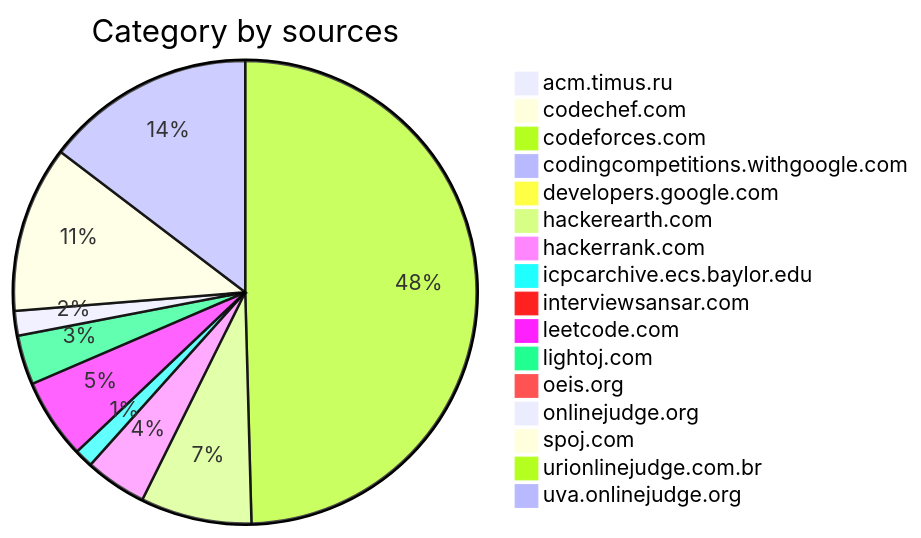
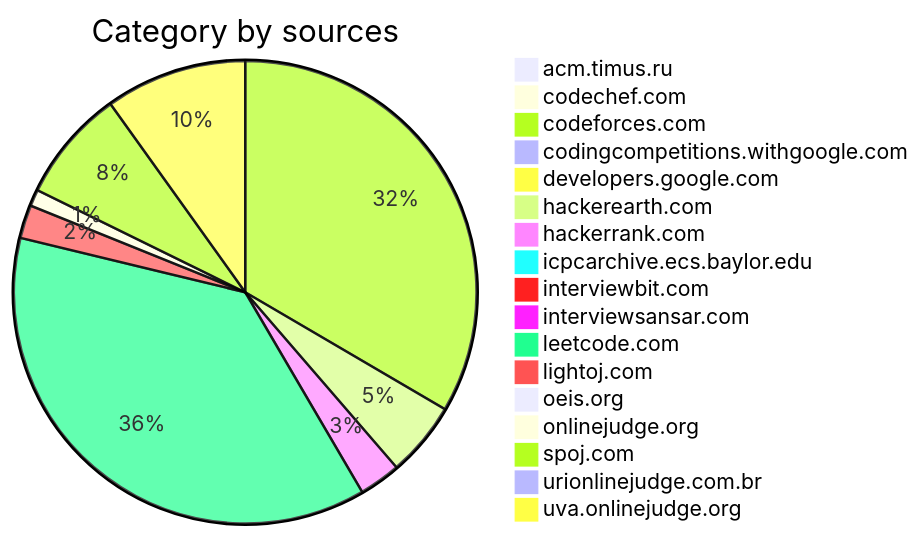
The diagram in README.md (hienmv/Problems-Solving), drawn with Mermaid before and after one commit. The commit also changed other lines of this file and 114 other files, not shown here.

````diff
--- a/README.md
+++ b/README.md
@@ -22,20 +23,21 @@
 ```mermaid
 pie
 	title Category by sources
 	"acm.timus.ru" : 1
 	"codechef.com" : 2
 	"codeforces.com" : 115
 	"codingcompetitions.withgoogle.com" : 1
 	"developers.google.com" : 1
 	"hackerearth.com" : 18
 	"hackerrank.com" : 10
 	"icpcarchive.ecs.baylor.edu" : 3
+	"interviewbit.com" : 1
 	"interviewsansar.com" : 1
-	"leetcode.com" : 13
+	"leetcode.com" : 128
 	"lightoj.com" : 8
 	"oeis.org" : 1
 	"onlinejudge.org" : 4
 	"spoj.com" : 27
 	"urionlinejudge.com.br" : 2
 	"uva.onlinejudge.org" : 34
 ```
````
